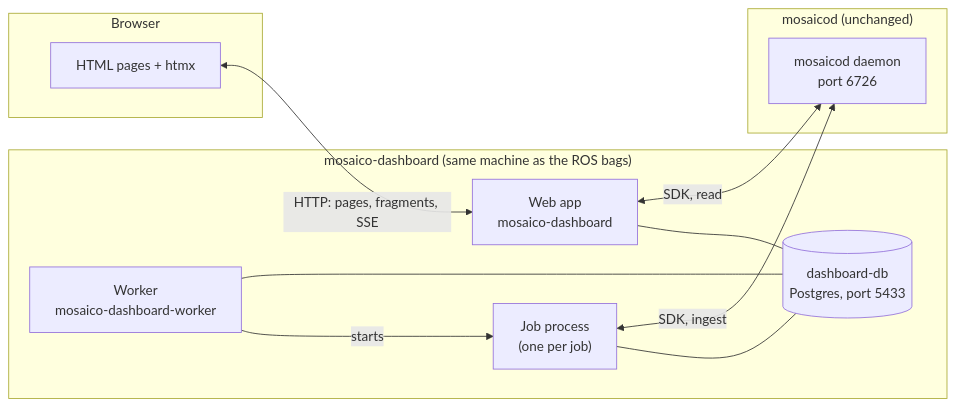
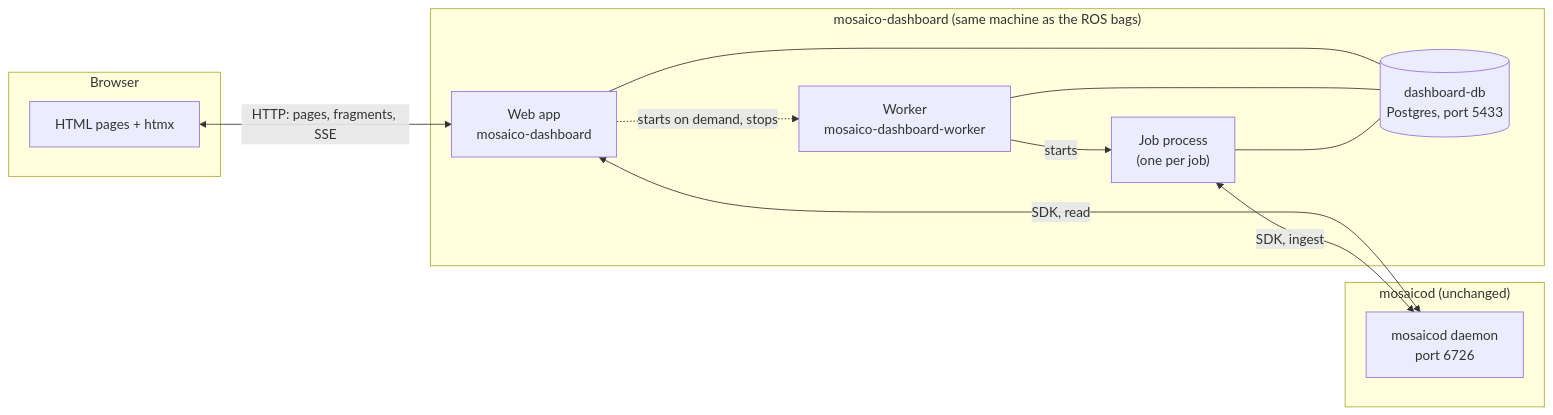
One commit to abhisheknannuri/mosaico changed the second of 9 diagrams in mosaico-dashboard/docs/architecture.md. Above: the diagram before and after it, drawn with Mermaid. The commit also changed other lines of this file and 27 other files, not shown here.

````diff
--- a/mosaico-dashboard/docs/architecture.md
+++ b/mosaico-dashboard/docs/architecture.md
@@ -31,25 +31,26 @@
 ```mermaid
 flowchart LR
     subgraph BROWSER["Browser"]
         UI["HTML pages + htmx"]
     end
 
     subgraph DASH["mosaico-dashboard (same machine as the ROS bags)"]
         WEB["Web app<br/>mosaico-dashboard"]
         WORKER["Worker<br/>mosaico-dashboard-worker"]
         CHILD["Job process<br/>(one per job)"]
         DDB[("dashboard-db<br/>Postgres, port 5433")]
+        WEB -.->|"starts on demand, stops"| WORKER
         WORKER -->|starts| CHILD
         WEB --- DDB
         WORKER --- DDB
         CHILD --- DDB
     end
 
     subgraph SERVER2["mosaicod (unchanged)"]
         D2["mosaicod daemon<br/>port 6726"]
     end
 
     UI <-->|"HTTP: pages, fragments, SSE"| WEB
     WEB <-->|"SDK, read"| D2
     CHILD <-->|"SDK, ingest"| D2
 ```
````
